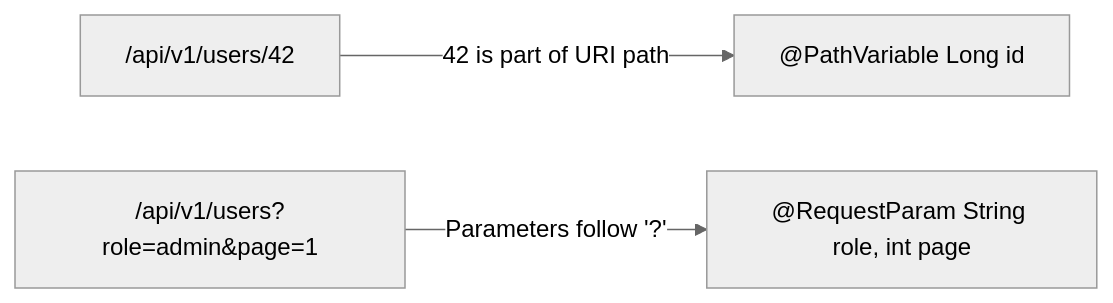
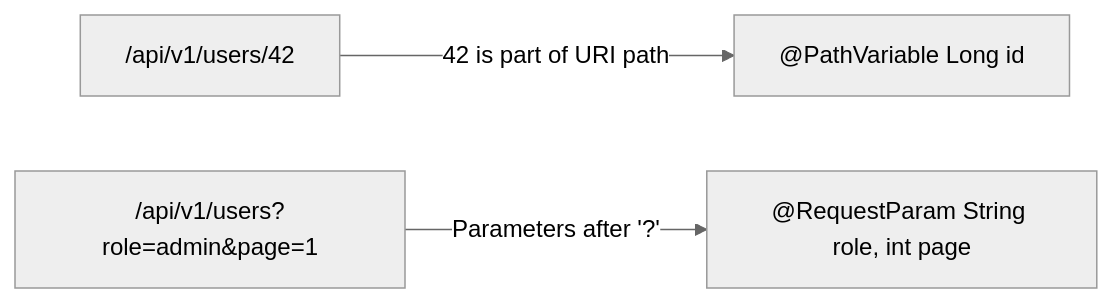
Before and after one commit to rohithgowda18/Notes: diagram 15 of 23 in 06-Java-and-Spring-Boot/Spring Boot Interview Guide.md, drawn with Mermaid (neutral theme). The commit also changed other lines of this file, not shown here.

````diff
--- a/06-Java-and-Spring-Boot/Spring Boot Interview Guide.md
+++ b/06-Java-and-Spring-Boot/Spring Boot Interview Guide.md
@@ -782,5 +782,5 @@
 ```mermaid
 flowchart LR
-    URL1["/api/v1/users/42"] -->|"42 is part of URI path"| PV["@PathVariable Long id"]
-    URL2["/api/v1/users?role=admin&page=1"] -->|"Parameters follow '?'"| RP["@RequestParam String role, int page"]
+    URL1["/api/v1/users/42"] -->|42 is part of URI path| PV["@PathVariable Long id"]
+    URL2["/api/v1/users?role=admin&page=1"] -->|Parameters after '?'| RP["@RequestParam String role, int page"]
 ```
````
